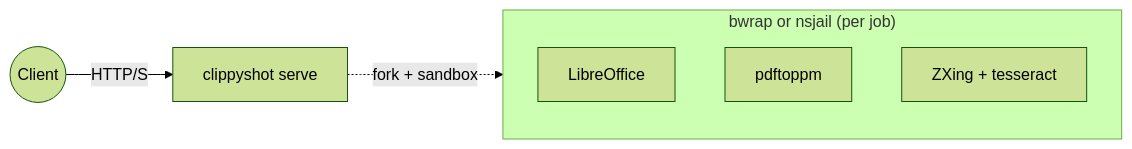
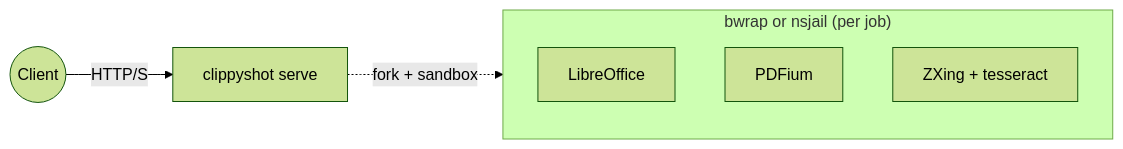
Before and after one commit to wmetcalf/clippyshot: the third of 4 diagrams in README.md, drawn with Mermaid (forest theme). The commit also changed other lines of this file and 17 other files, not shown here.

````diff
--- a/README.md
+++ b/README.md
@@ -220,12 +221,12 @@
 ```mermaid
 flowchart LR
     client((Client))
     api[clippyshot serve]
     subgraph sbx["bwrap or nsjail (per job)"]
         soff[LibreOffice]
-        rast[pdftoppm]
+        rast[PDFium]
         scan[ZXing + tesseract]
     end
     client -->|HTTP/S| api
     api -.->|fork + sandbox| sbx
 ```
````
